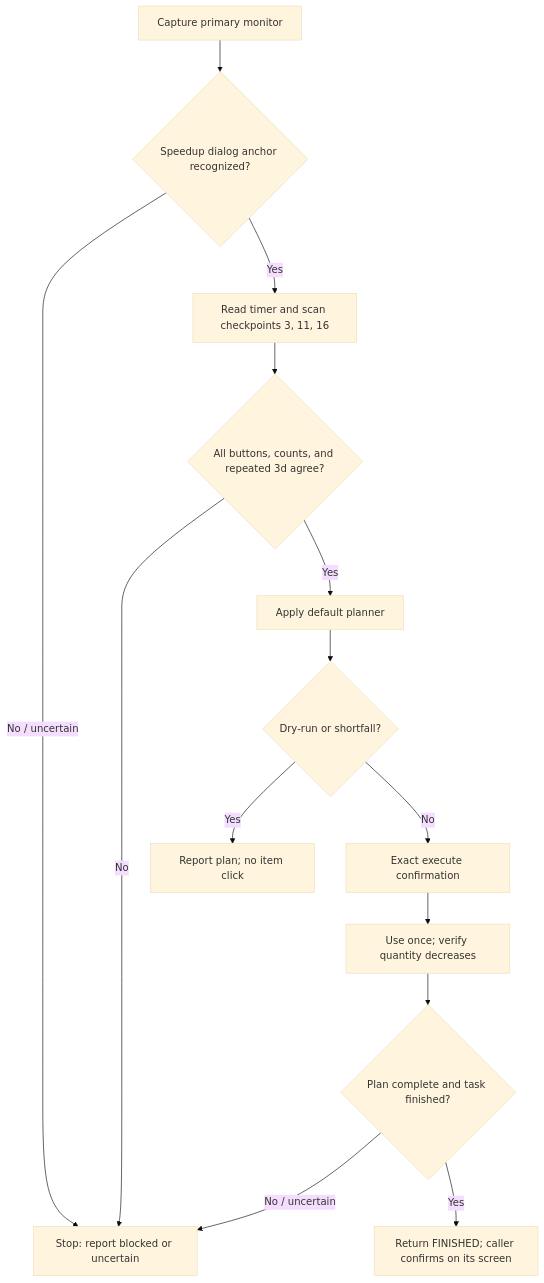
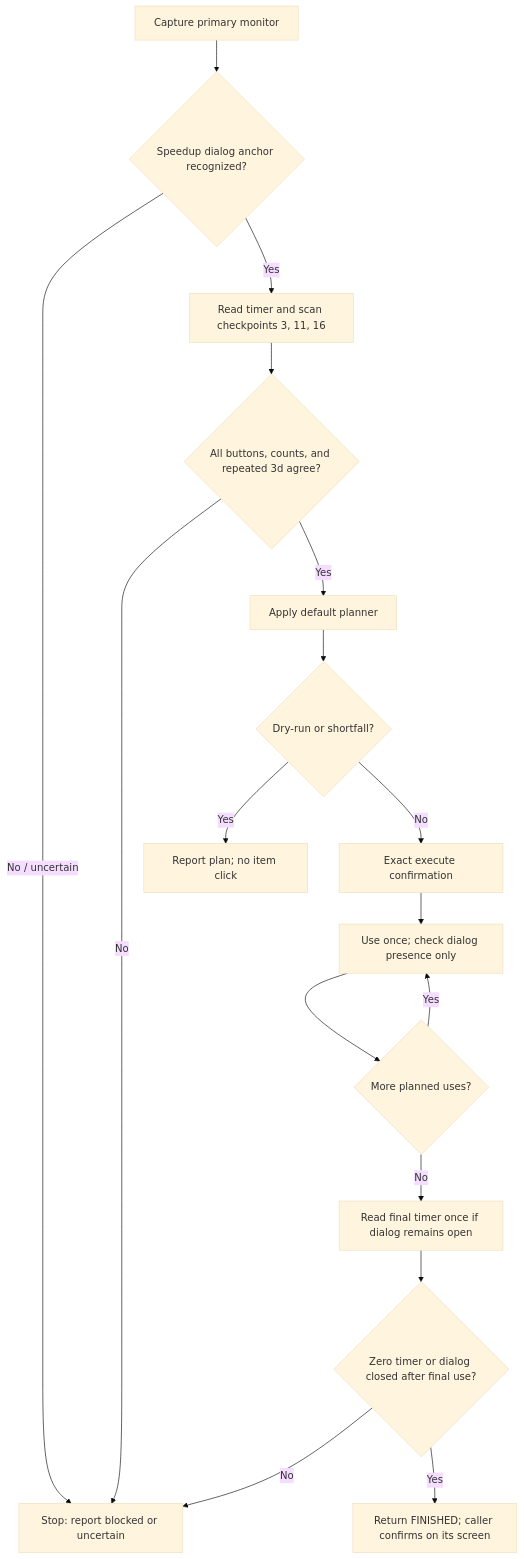
Before and after one commit to zaratedaniela692-rgb/tba_km: the third of 3 diagrams in docs/game/speedup_module_workflow.md, drawn with Mermaid (base theme). The commit also changed other lines of this file and 14 other files, not shown here.

````diff
--- a/docs/game/speedup_module_workflow.md
+++ b/docs/game/speedup_module_workflow.md
@@ -287,16 +290,19 @@
 ```mermaid
 flowchart TD
     A[Capture primary monitor] --> B{Speedup dialog anchor recognized?}
     B -- No / uncertain --> X[Stop: report blocked or uncertain]
     B -- Yes --> C[Read timer and scan checkpoints 3, 11, 16]
     C --> D{All buttons, counts, and repeated 3d agree?}
     D -- No --> X
     D -- Yes --> E[Apply default planner]
     E --> F{Dry-run or shortfall?}
     F -- Yes --> G[Report plan; no item click]
     F -- No --> H[Exact execute confirmation]
-    H --> I[Use once; verify quantity decreases]
-    I --> J{Plan complete and task finished?}
-    J -- No / uncertain --> X
-    J -- Yes --> K[Return FINISHED; caller confirms on its screen]
+    H --> I[Use once; check dialog presence only]
+    I --> J{More planned uses?}
+    J -- Yes --> I
+    J -- No --> K[Read final timer once if dialog remains open]
+    K --> L{Zero timer or dialog closed after final use?}
+    L -- No --> X
+    L -- Yes --> M[Return FINISHED; caller confirms on its screen]
 ```
````
